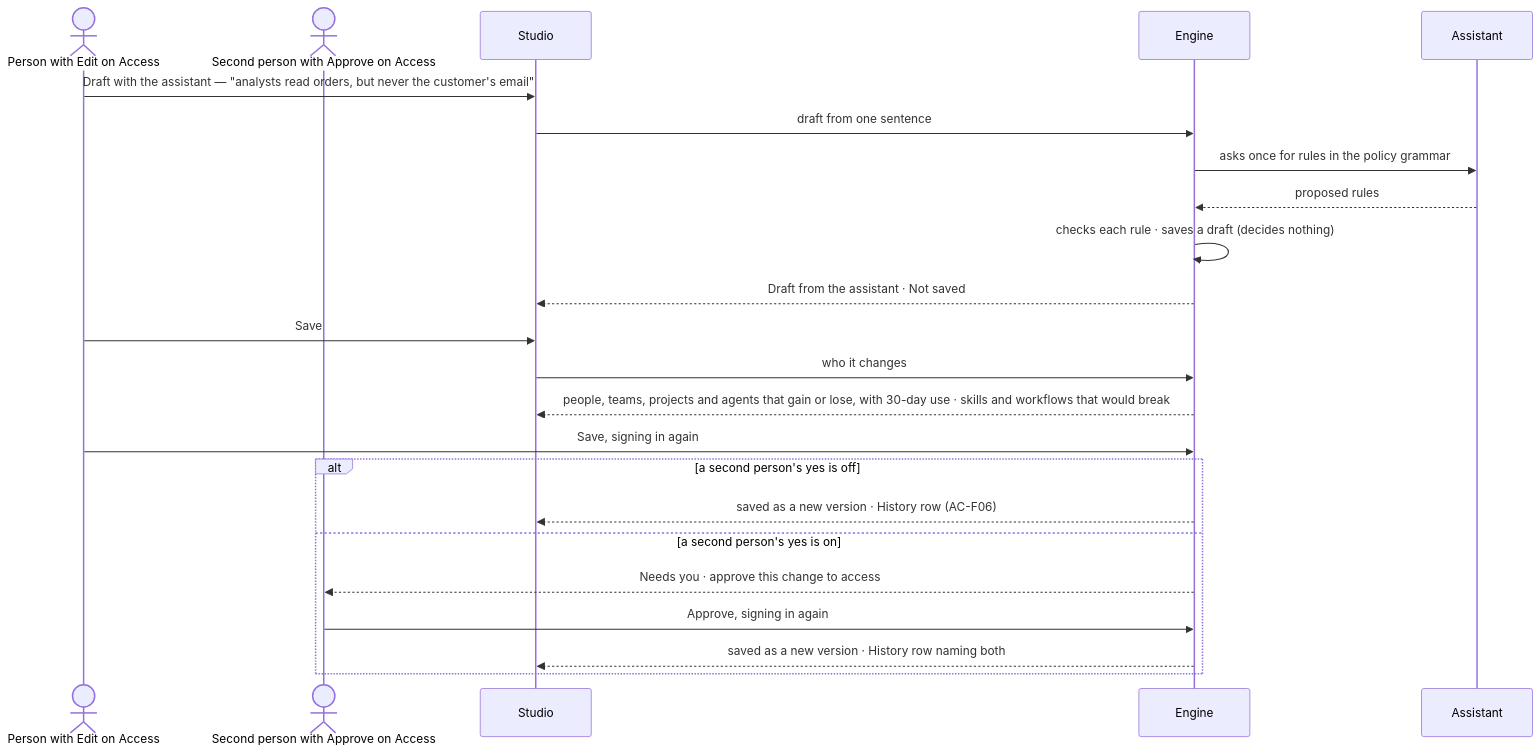
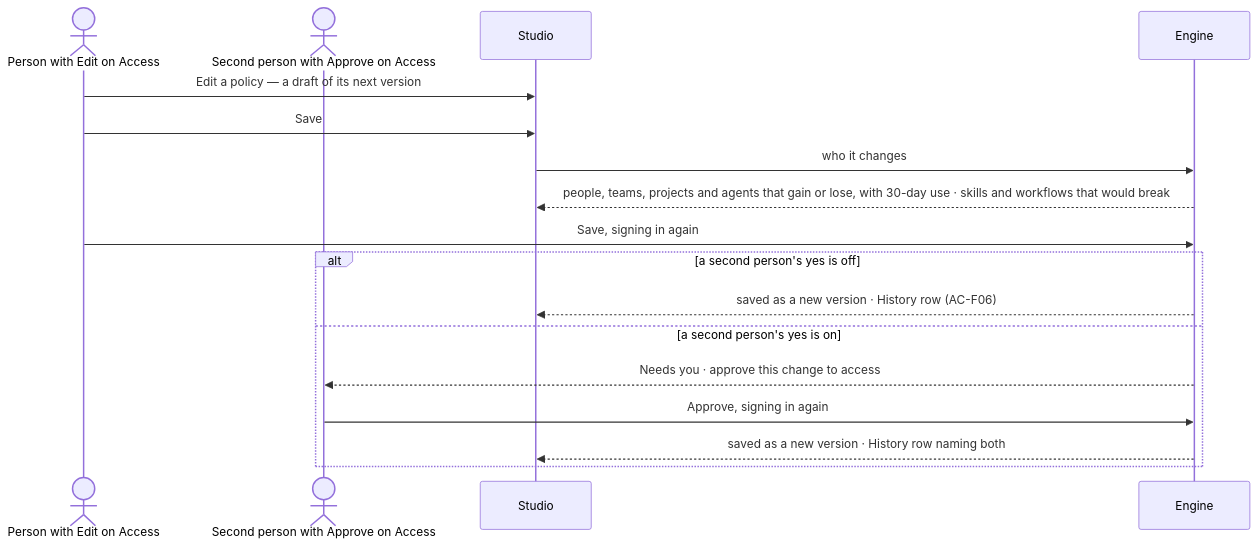
One commit to invana/invana changed the second of 2 diagrams in specs/os/access/features/AC-F02-access-policies/feature.md. Above: the diagram before and after it, drawn with Mermaid. The commit also changed other lines of this file and 47 other files, not shown here.

````diff
--- a/specs/os/access/features/AC-F02-access-policies/feature.md
+++ b/specs/os/access/features/AC-F02-access-policies/feature.md
@@ -79,25 +78,19 @@
 ```mermaid
 sequenceDiagram
   actor P as Person with Edit on Access
   actor Q as Second person with Approve on Access
   participant S as Studio
   participant E as Engine
-  participant A as Assistant
-  P->>S: Draft with the assistant — "analysts read orders, but never the customer's email"
-  S->>E: draft from one sentence
-  E->>A: asks once for rules in the policy grammar
-  A-->>E: proposed rules
-  E->>E: checks each rule · saves a draft (decides nothing)
-  E-->>S: Draft from the assistant · Not saved
+  P->>S: Edit a policy — a draft of its next version
   P->>S: Save
   S->>E: who it changes
   E-->>S: people, teams, projects and agents that gain or lose, with 30-day use · skills and workflows that would break
   P->>E: Save, signing in again
   alt a second person's yes is off
     E-->>S: saved as a new version · History row (AC-F06)
   else a second person's yes is on
     E-->>Q: Needs you · approve this change to access
     Q->>E: Approve, signing in again
     E-->>S: saved as a new version · History row naming both
   end
 ```
````
